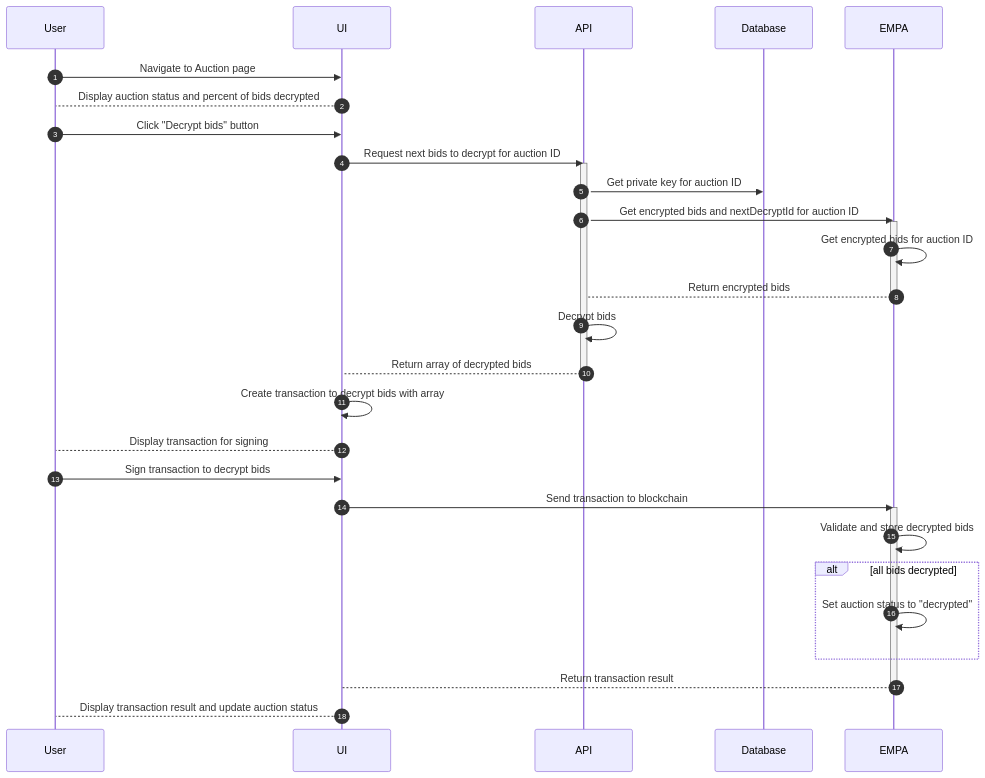
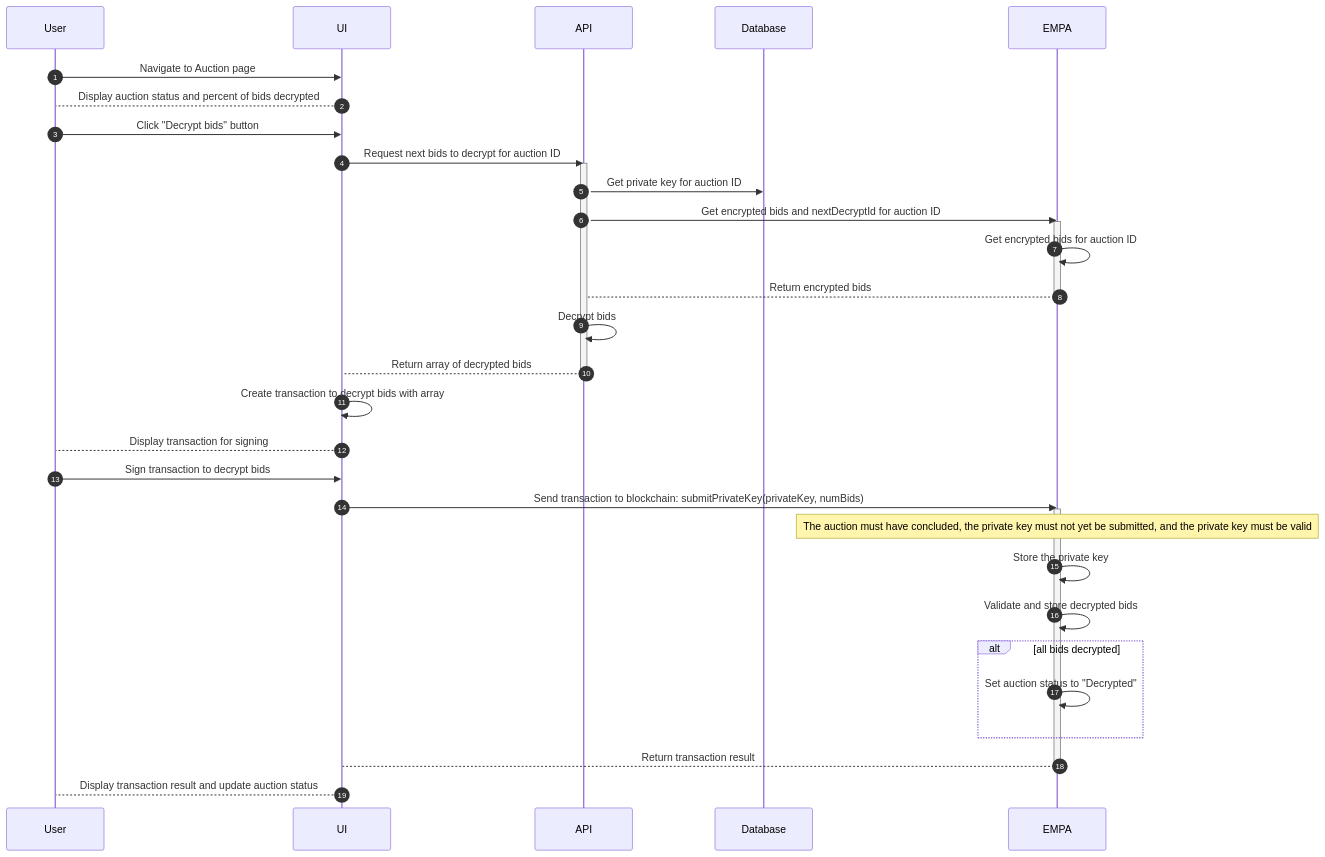
One commit to Axis-Fi/axis-core changed the fifth of 6 diagrams in design/EMPA.md. Above: the diagram before and after it, drawn with Mermaid. The commit also changed other lines of this file, not shown here.

Commit message:
Update documentation on submitPrivateKey

````diff
--- a/design/EMPA.md
+++ b/design/EMPA.md
@@ -234,36 +233,38 @@
 ```mermaid
 sequenceDiagram
   autoNumber
   participant User
   participant UI
   participant API
   participant Database
   participant EMPA
 
   User->>UI: Navigate to Auction page
   UI-->User: Display auction status and percent of bids decrypted
   User->>UI: Click "Decrypt bids" button
   UI->>API: Request next bids to decrypt for auction ID
   activate API
       API->>Database: Get private key for auction ID
       API->>EMPA: Get encrypted bids and nextDecryptId for auction ID
       activate EMPA
           EMPA->>EMPA: Get encrypted bids for auction ID
           EMPA-->API: Return encrypted bids
       deactivate EMPA
       API->>API: Decrypt bids
       API-->UI: Return array of decrypted bids
   deactivate API
   UI->>UI: Create transaction to decrypt bids with array
   UI-->User: Display transaction for signing
   User->>UI: Sign transaction to decrypt bids
-  UI->>EMPA: Send transaction to blockchain
+  UI->>EMPA: Send transaction to blockchain: submitPrivateKey(privateKey, numBids)
   activate EMPA
+      Note over EMPA: The auction must have concluded, the private key must not yet be submitted, and the private key must be valid
+      EMPA->>EMPA: Store the private key
       EMPA->>EMPA: Validate and store decrypted bids
       alt all bids decrypted
-          EMPA->>EMPA: Set auction status to "decrypted"
+          EMPA->>EMPA: Set auction status to "Decrypted"
       end
       EMPA-->UI: Return transaction result
   deactivate EMPA
   UI-->User: Display transaction result and update auction status
 ```
````
